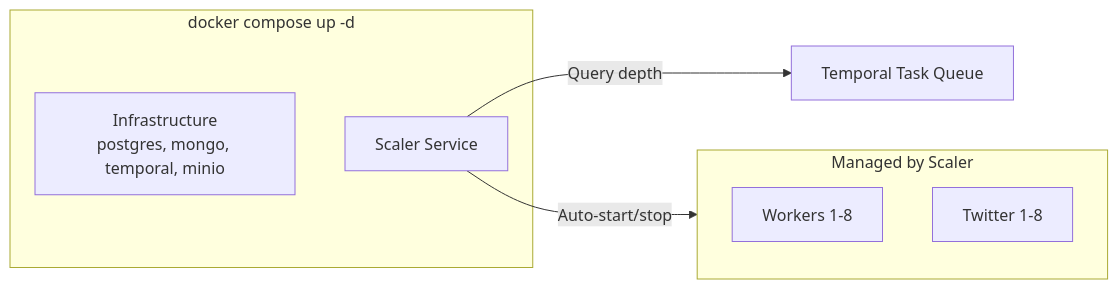
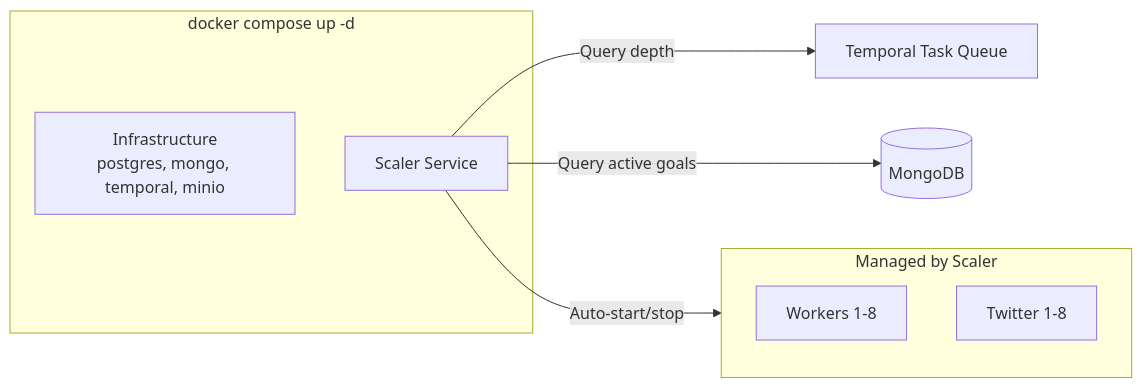
The ninth of 15 diagrams in README.md (vedantadhobley/found-footy), drawn with Mermaid before and after one commit. The commit also changed other lines of this file and 1 other file, not shown here.

First line of the commit message:
feat(scaler): use MongoDB active goals for Twitter scaling

````diff
--- a/README.md
+++ b/README.md
@@ -384,16 +396,17 @@
 ```mermaid
 flowchart LR
     subgraph STARTUP["docker compose up -d"]
         INFRA[Infrastructure<br/>postgres, mongo, temporal, minio]
         SCALER[Scaler Service]
     end
     
     subgraph MANAGED["Managed by Scaler"]
         W[Workers 1-8]
         T[Twitter 1-8]
     end
     
     STARTUP --> SCALER
     SCALER -->|Query depth| TQ[Temporal Task Queue]
+    SCALER -->|Query active goals| MONGO[(MongoDB)]
     SCALER -->|Auto-start/stop| MANAGED
 ```
````
